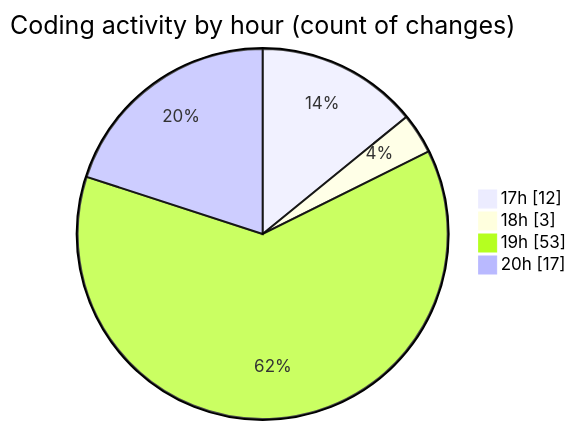
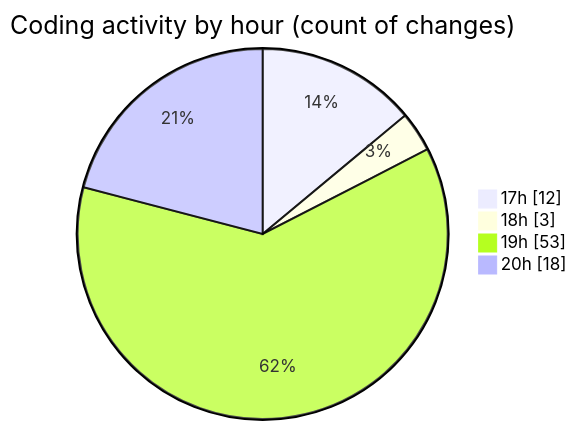
Before and after one commit to Ritupan-Deka/code-tracking: the second of 2 diagrams in 2025-06-19/scopecraft/README.md, drawn with Mermaid. The commit also changed other lines of this file and 1 other file, not shown here.

````diff
--- a/2025-06-19/scopecraft/README.md
+++ b/2025-06-19/scopecraft/README.md
@@ -44,8 +44,8 @@
 ```mermaid
 pie showData
 title Coding activity by hour (count of changes)
 "17h" : 12
 "18h" : 3
 "19h" : 53
-"20h" : 17
+"20h" : 18
 ```
````
